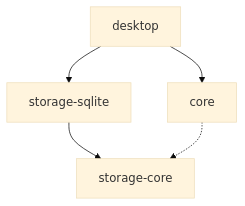
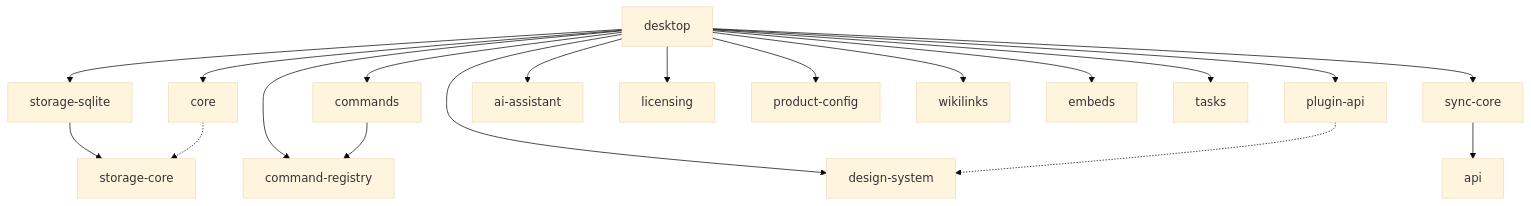
Before and after one commit to dripnex/app: the diagram in apps/docs-site/architecture/overview.md, drawn with Mermaid (base theme). The commit also changed other lines of this file and 14 other files, not shown here.

````diff
--- a/apps/docs-site/architecture/overview.md
+++ b/apps/docs-site/architecture/overview.md
@@ -25,7 +40,21 @@
 ```mermaid
 graph TD
     A[desktop] --> B[core]
     A --> C[storage-sqlite]
+    A --> E[command-registry]
+    A --> F[commands]
+    A --> G[plugin-api]
+    A --> H[sync-core]
+    A --> I[ai-assistant]
+    A --> J[design-system]
+    A --> K[licensing]
+    A --> L[product-config]
     C --> D[storage-core]
     B -.-> D
+    F --> E
+    H --> M[api]
+    A --> N[wikilinks]
+    A --> O[embeds]
+    A --> P[tasks]
+    G -.-> J
 ```
````
